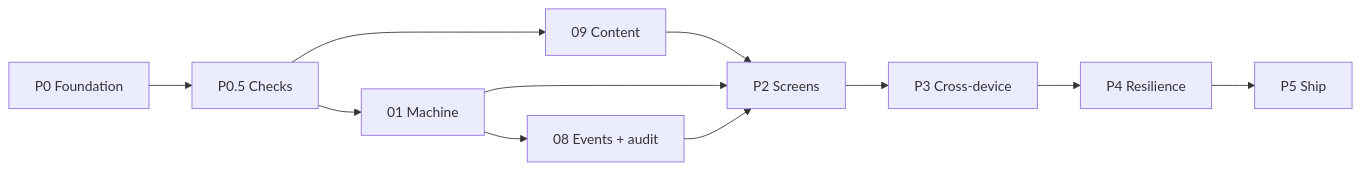
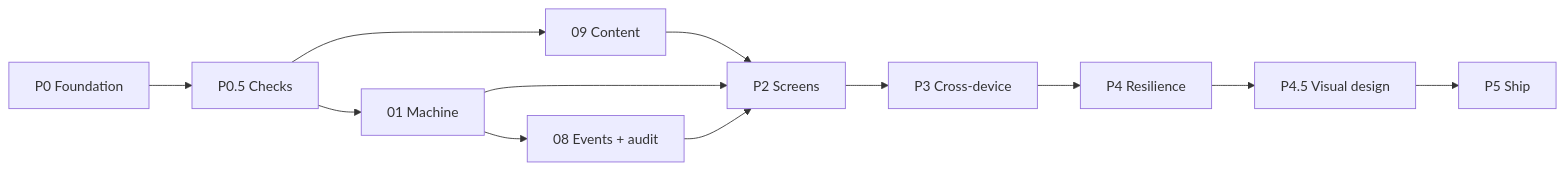
One commit to Karabo-Seipelo/Tsogo-KYC changed the diagram in specs/PLAN.md. Above: the diagram before and after it, drawn with Mermaid. The commit also changed other lines of this file and 8 other files, not shown here.

First line of the commit message:
feat: add visual design tokens and the Montserrat typeface

````diff
--- a/specs/PLAN.md
+++ b/specs/PLAN.md
@@ -25,13 +26,14 @@
 ```mermaid
 flowchart LR
   P0[P0 Foundation] --> Q[P0.5 Checks]
   Q --> C09[09 Content]
   Q --> C01[01 Machine]
   C01 --> C08[08 Events + audit]
   C09 --> UI[P2 Screens]
   C01 --> UI
   C08 --> UI
   UI --> X[P3 Cross-device]
   X --> R[P4 Resilience]
-  R --> S[P5 Ship]
+  R --> V[P4.5 Visual design]
+  V --> S[P5 Ship]
 ```
````
